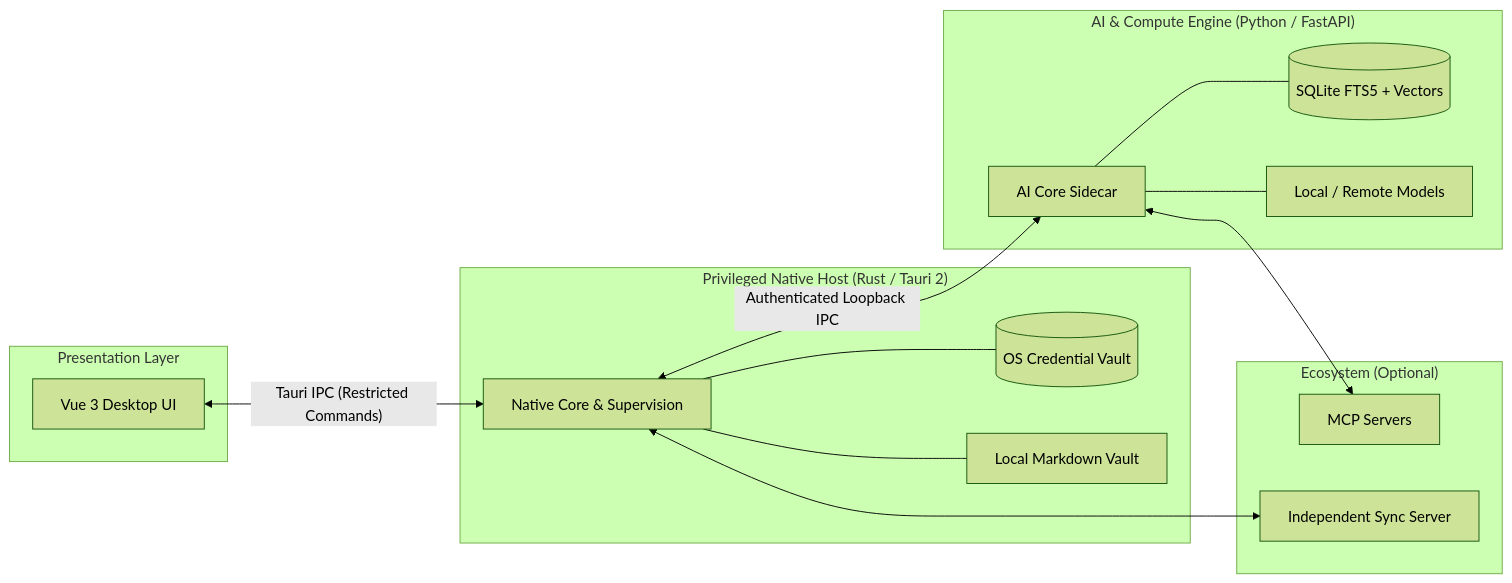
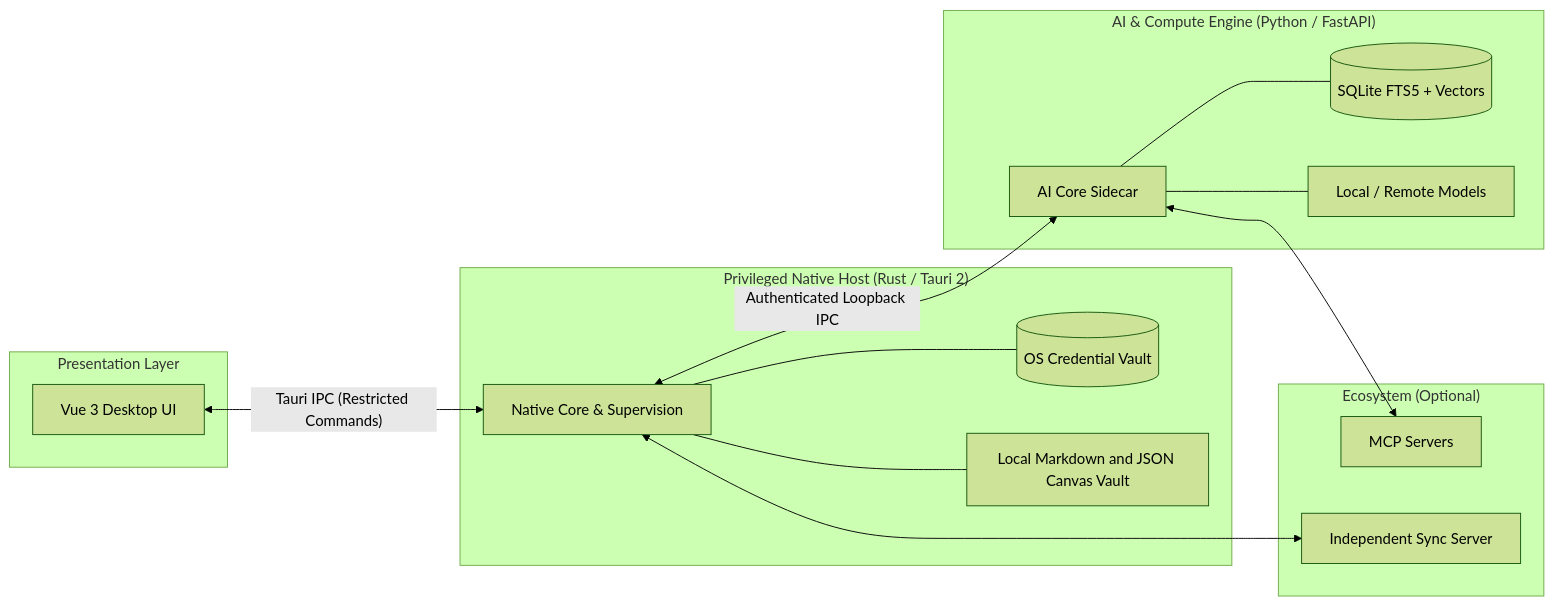
The fifth of 6 diagrams in README.md (KiriAky107/OpenNexus), drawn with Mermaid (forest theme) before and after one commit. The commit also changed other lines of this file and 5 other files, not shown here.

````diff
--- a/README.md
+++ b/README.md
@@ -179,33 +214,33 @@
 ```mermaid
 flowchart LR
     subgraph Frontend["Presentation Layer"]
         UI[Vue 3 Desktop UI]
     end
 
     subgraph Host["Privileged Native Host (Rust / Tauri 2)"]
         HOST[Native Core & Supervision]
         CRED[(OS Credential Vault)]
-        VAULT[Local Markdown Vault]
+        VAULT[Local Markdown and JSON Canvas Vault]
     end
 
     subgraph Core["AI & Compute Engine (Python / FastAPI)"]
         CORE[AI Core Sidecar]
         INDEX[(SQLite FTS5 + Vectors)]
         LLM[Local / Remote Models]
     end
 
     subgraph External["Ecosystem (Optional)"]
         MCP[MCP Servers]
         SYNC[Independent Sync Server]
     end
 
     UI <-->|"Tauri IPC (Restricted Commands)"| HOST
     HOST <-->|Authenticated Loopback IPC| CORE
     HOST --- CRED
     HOST --- VAULT
     CORE --- INDEX
     CORE --- LLM
     CORE <--> MCP
     HOST <--> SYNC
 
 ```
````
